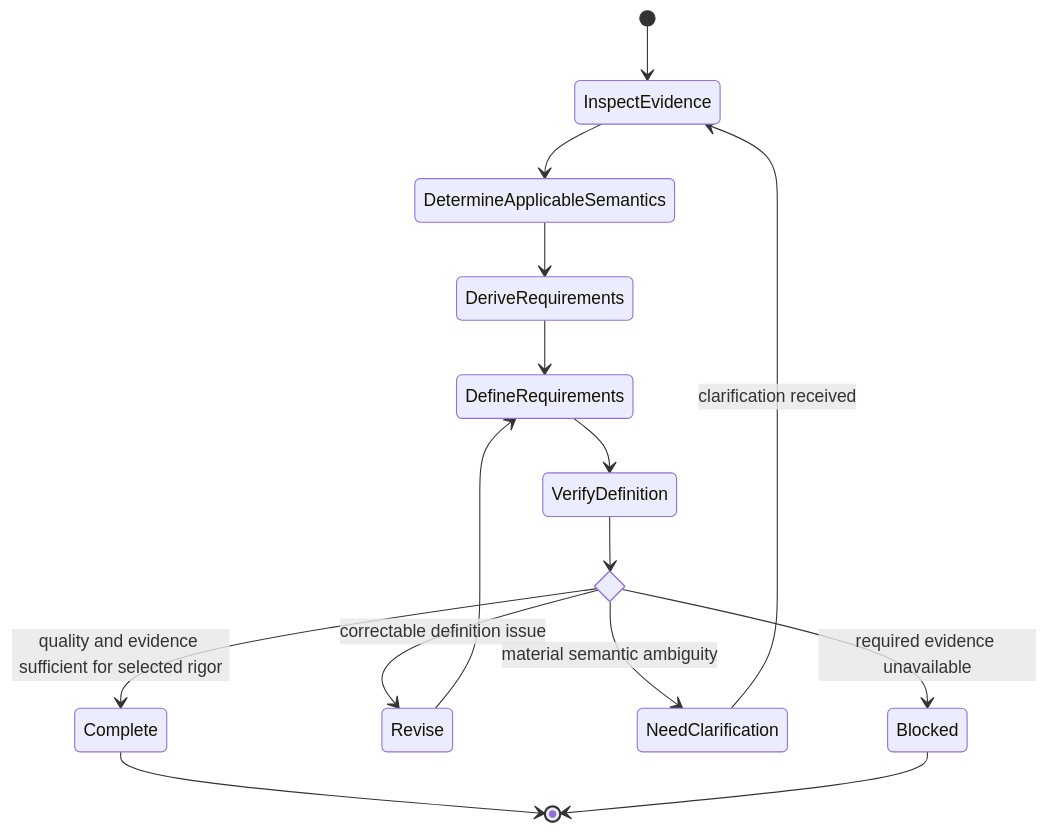
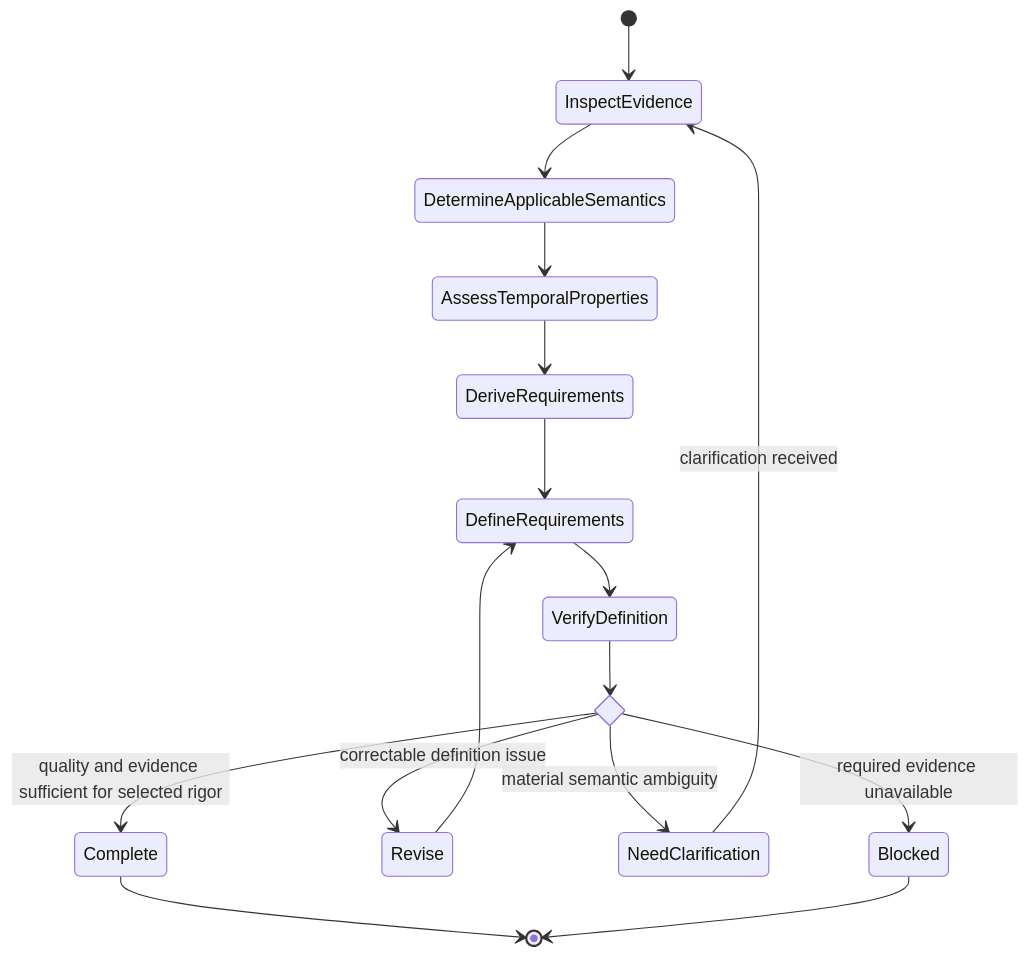
The diagram in contexts/requirements/skills/definition/SKILL.md (JadsonLucena/agent-toolkit), drawn with Mermaid before and after one commit. The commit also changed other lines of this file and 6 other files, not shown here.

Commit message:
feat(requirements): clarify temporal obligations and formal assurance evidence

````diff
--- a/contexts/requirements/skills/definition/SKILL.md
+++ b/contexts/requirements/skills/definition/SKILL.md
@@ -22,20 +22,21 @@
 ```mermaid
 stateDiagram-v2
     [*] --> InspectEvidence
     InspectEvidence --> DetermineApplicableSemantics
-    DetermineApplicableSemantics --> DeriveRequirements
+    DetermineApplicableSemantics --> AssessTemporalProperties
+    AssessTemporalProperties --> DeriveRequirements
     DeriveRequirements --> DefineRequirements
     DefineRequirements --> VerifyDefinition
 
     state DefinitionResult <<choice>>
     VerifyDefinition --> DefinitionResult
     DefinitionResult --> Complete: quality and evidence sufficient for selected rigor
     DefinitionResult --> Revise: correctable definition issue
     DefinitionResult --> NeedClarification: material semantic ambiguity
     DefinitionResult --> Blocked: required evidence unavailable
 
     Revise --> DefineRequirements
     NeedClarification --> InspectEvidence: clarification received
     Complete --> [*]
     Blocked --> [*]
 ```
````
